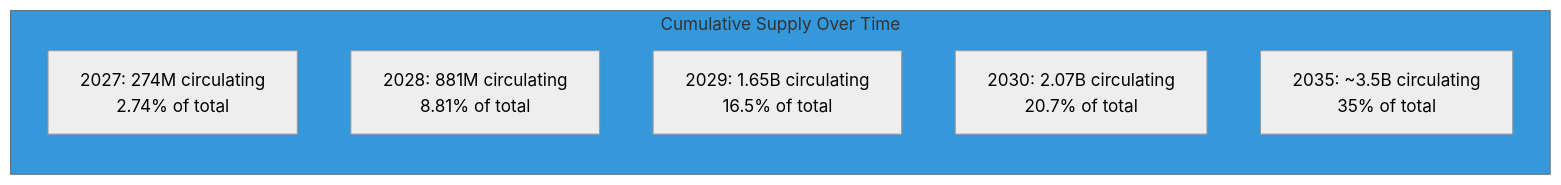
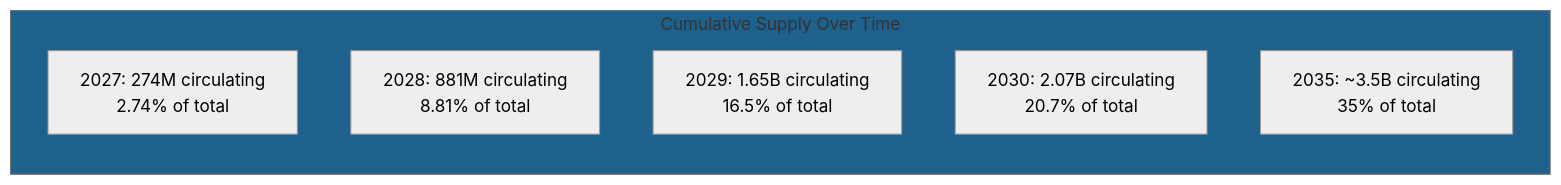
The third of 3 diagrams in docs/04-tokenomics/distribution-schedule.md (CipherOcto/cipherocto), drawn with Mermaid (neutral theme) before and after one commit. The commit also changed 13 other files, not shown here.

First line of the commit message:
Improve Mermaid diagram accessibility: Fix color contrast

````diff
--- a/docs/04-tokenomics/distribution-schedule.md
+++ b/docs/04-tokenomics/distribution-schedule.md
@@ -206,13 +206,13 @@
 ```mermaid
 graph TB
     subgraph SUPPLY["Cumulative Supply Over Time"]
         direction TB
         S1[2027: 274M circulating<br/>2.74% of total]
         S2[2028: 881M circulating<br/>8.81% of total]
         S3[2029: 1.65B circulating<br/>16.5% of total]
         S4[2030: 2.07B circulating<br/>20.7% of total]
         S5[2035: ~3.5B circulating<br/>35% of total]
     end
 
-    style SUPPLY fill:#3498db
+    style SUPPLY fill:#1f618d
 ```
````
